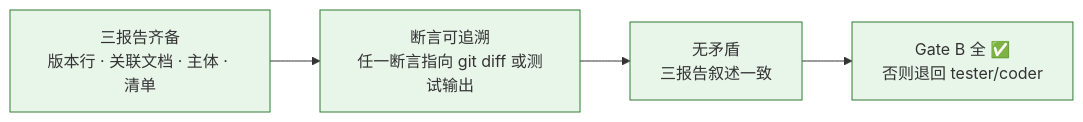
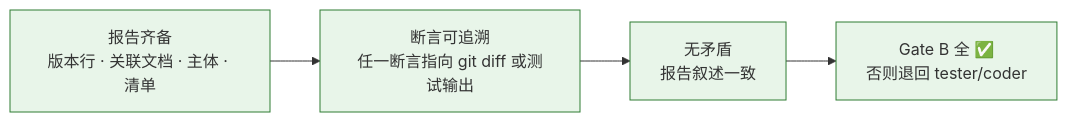
Before and after one commit to effiy/YrY: the fifth of 5 diagrams in agents/reporter.md, drawn with Mermaid. The commit also changed other lines of this file and 90 other files, not shown here.

````diff
--- a/agents/reporter.md
+++ b/agents/reporter.md
@@ -131,8 +128,8 @@
 ```mermaid
 flowchart LR
-    S1["三报告齐备<br/>版本行 · 关联文档 · 主体 · 清单"]:::sig --> S2["断言可追溯<br/>任一断言指向 git diff 或测试输出"]:::sig
-    S2 --> S3["无矛盾<br/>三报告叙述一致"]:::sig
+    S1["报告齐备<br/>版本行 · 关联文档 · 主体 · 清单"]:::sig --> S2["断言可追溯<br/>任一断言指向 git diff 或测试输出"]:::sig
+    S2 --> S3["无矛盾<br/>报告叙述一致"]:::sig
     S3 --> S4["Gate B 全 ✅<br/>否则退回 tester/coder"]:::sig
 
     classDef sig fill:#e8f5e9,stroke:#2e7d32;
 ```
````
